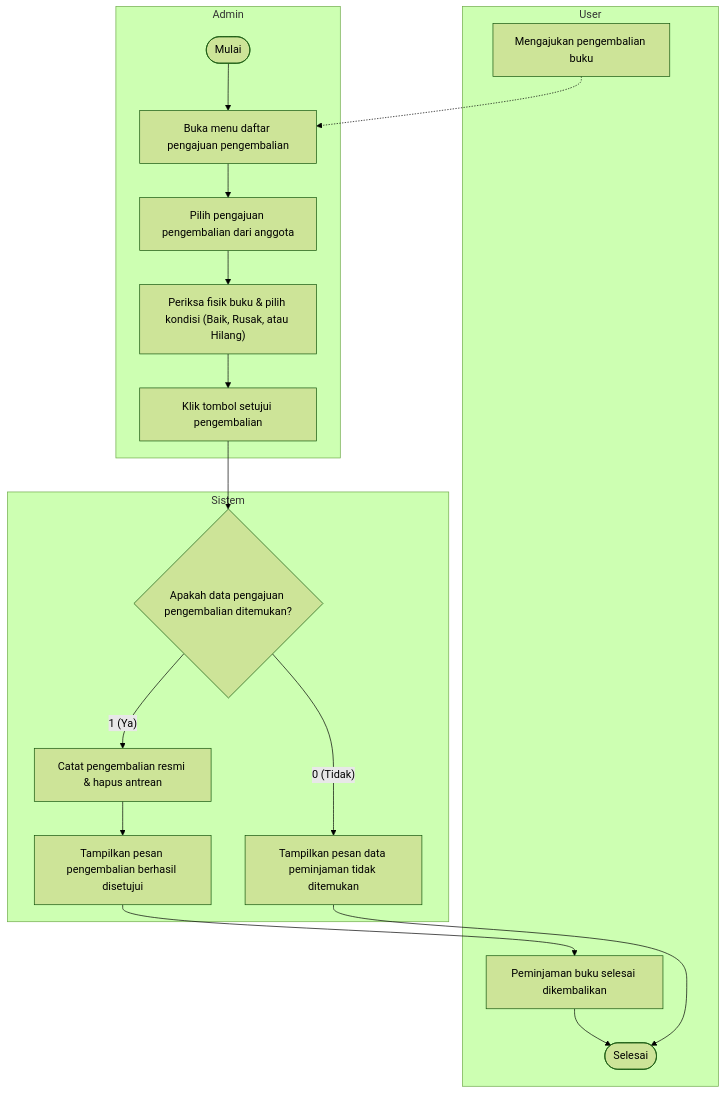
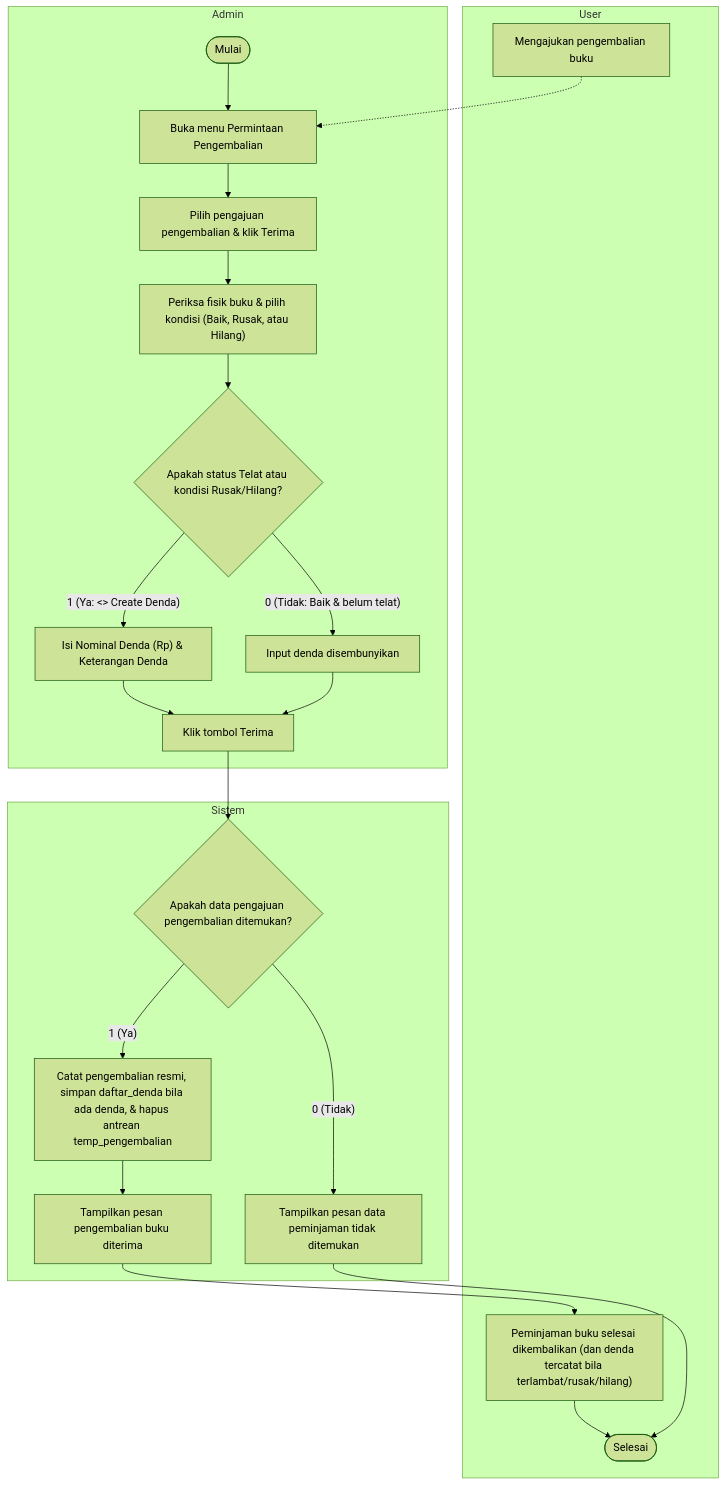
The diagram in docs/uml/src/diagrams/list-diagrams/activity-acceptpengembalian.mmd (dimstyle/ruang-baca), drawn with Mermaid (forest theme) before and after one commit. The commit also changed 13 other files, not shown here.

Commit message:
refactor(ui,uml): restore denda page for read/update and make create denda extend accept pengembalian

```diff
--- a/docs/uml/src/diagrams/list-diagrams/activity-acceptpengembalian.mmd
+++ b/docs/uml/src/diagrams/list-diagrams/activity-acceptpengembalian.mmd
@@ -1,22 +1,26 @@
 flowchart TD
     subgraph User["User"]
         reqReturn["Mengajukan pengembalian buku"]
-        doneReturn["Peminjaman buku selesai dikembalikan"] --> finish(["Selesai"])
+        doneReturn["Peminjaman buku selesai dikembalikan (dan denda tercatat bila terlambat/rusak/hilang)"] --> finish(["Selesai"])
     end
 
     subgraph Admin["Admin"]
-        start(["Mulai"]) --> openReq["Buka menu daftar pengajuan pengembalian"]
+        start(["Mulai"]) --> openReq["Buka menu Permintaan Pengembalian"]
         reqReturn -.-> openReq
-        openReq --> selectReq["Pilih pengajuan pengembalian dari anggota"]
+        openReq --> selectReq["Pilih pengajuan pengembalian & klik Terima"]
         selectReq --> checkCond["Periksa fisik buku & pilih kondisi (Baik, Rusak, atau Hilang)"]
-        checkCond --> clickApprove["Klik tombol setujui pengembalian"]
+        checkCond --> needFine{"Apakah status Telat atau kondisi Rusak/Hilang?"}
+        needFine -->|"1 (Ya: <<extend>> Create Denda)"| fillFine["Isi Nominal Denda (Rp) & Keterangan Denda"]
+        needFine -->|"0 (Tidak: Baik & belum telat)"| skipFine["Input denda disembunyikan"]
+        fillFine --> clickApprove["Klik tombol Terima"]
+        skipFine --> clickApprove
     end
 
     subgraph Sistem["Sistem"]
         clickApprove --> checkFound{"Apakah data pengajuan pengembalian ditemukan?"}
         checkFound -->|"0 (Tidak)"| notFound["Tampilkan pesan data peminjaman tidak ditemukan"]
         notFound --> finish
-        checkFound -->|"1 (Ya)"| saveReturn["Catat pengembalian resmi & hapus antrean"]
-        saveReturn --> msgOk["Tampilkan pesan pengembalian berhasil disetujui"]
+        checkFound -->|"1 (Ya)"| saveReturn["Catat pengembalian resmi, simpan daftar_denda bila ada denda, & hapus antrean temp_pengembalian"]
+        saveReturn --> msgOk["Tampilkan pesan pengembalian buku diterima"]
         msgOk --> doneReturn
     end
```
